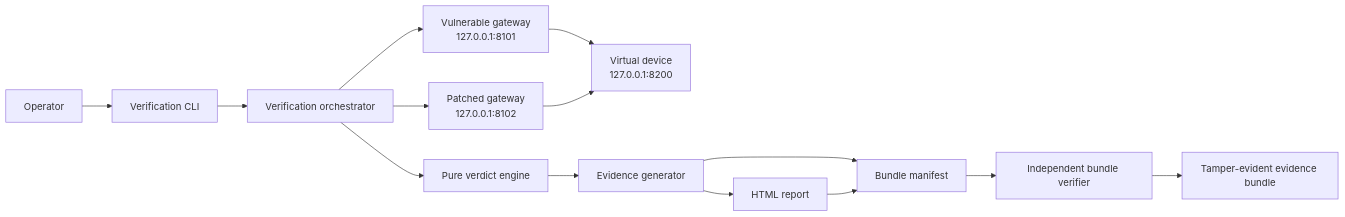
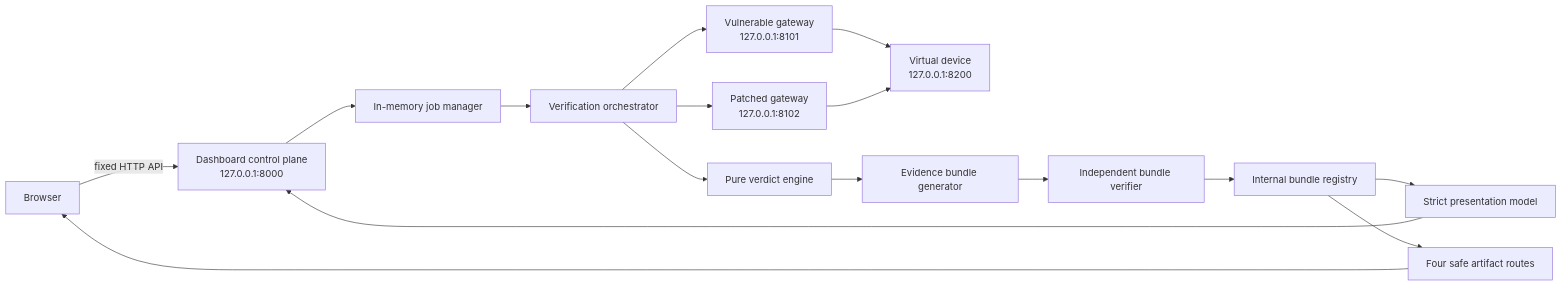
One commit to ibondarenko1/fixrepro changed the first of 2 diagrams in docs/ARCHITECTURE.md. Above: the diagram before and after it, drawn with Mermaid. The commit also changed other lines of this file and 33 other files, not shown here.

Commit message:
feat: add judge-facing verification dashboard

````diff
--- a/docs/ARCHITECTURE.md
+++ b/docs/ARCHITECTURE.md
@@ -53,16 +57,18 @@
 ```mermaid
 flowchart LR
-    O[Operator] --> CLI[Verification CLI]
-    CLI --> ORCH[Verification orchestrator]
+    B[Browser] -->|fixed HTTP API| CP[Dashboard control plane<br/>127.0.0.1:8000]
+    CP --> JM[In-memory job manager]
+    JM --> ORCH[Verification orchestrator]
     ORCH --> VG[Vulnerable gateway<br/>127.0.0.1:8101]
     ORCH --> PG[Patched gateway<br/>127.0.0.1:8102]
     VG --> D[Virtual device<br/>127.0.0.1:8200]
     PG --> D
     ORCH --> V[Pure verdict engine]
-    V --> E[Evidence generator]
-    E --> R[HTML report]
-    E --> M[Bundle manifest]
-    R --> M
-    M --> BV[Independent bundle verifier]
-    BV --> OUT[Tamper-evident evidence bundle]
+    V --> E[Evidence bundle generator]
+    E --> BV[Independent bundle verifier]
+    BV --> R[Internal bundle registry]
+    R --> P[Strict presentation model]
+    P --> CP
+    R --> A[Four safe artifact routes]
+    A --> B
 ```
````
